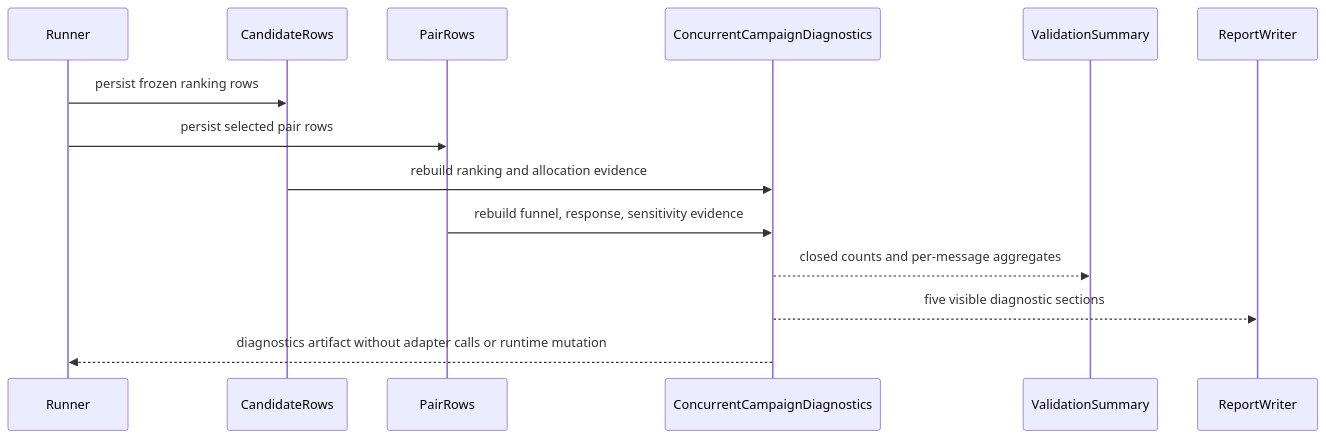
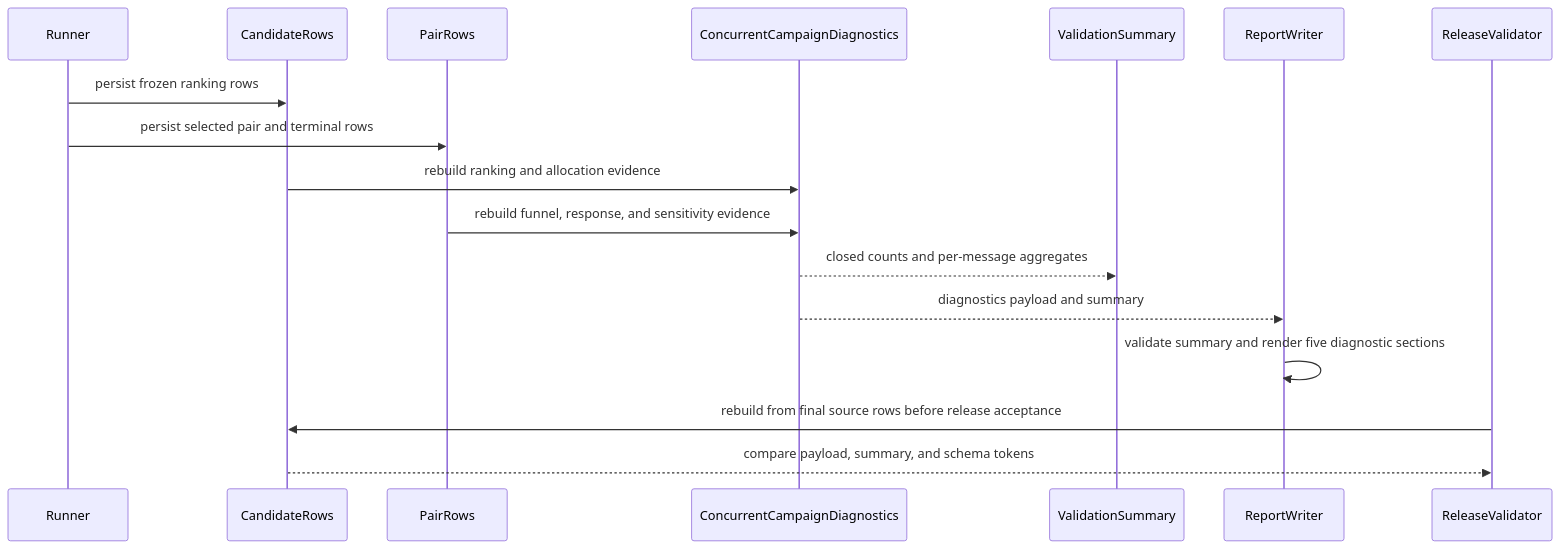
Before and after one commit to liu-qingyuan/llm-abm-marketing-sim: the second of 4 diagrams in docs/architecture/concurrent-message-campaign-diagnostics.md, drawn with Mermaid. The commit also changed other lines of this file and 3 other files, not shown here.

````diff
--- a/docs/architecture/concurrent-message-campaign-diagnostics.md
+++ b/docs/architecture/concurrent-message-campaign-diagnostics.md
@@ -57,16 +38,19 @@
 ```mermaid
 sequenceDiagram
     participant R as Runner
     participant C as CandidateRows
     participant P as PairRows
     participant D as ConcurrentCampaignDiagnostics
     participant V as ValidationSummary
     participant W as ReportWriter
+    participant X as ReleaseValidator
     R->>C: persist frozen ranking rows
-    R->>P: persist selected pair rows
+    R->>P: persist selected pair and terminal rows
     C->>D: rebuild ranking and allocation evidence
-    P->>D: rebuild funnel, response, sensitivity evidence
+    P->>D: rebuild funnel, response, and sensitivity evidence
     D-->>V: closed counts and per-message aggregates
-    D-->>W: five visible diagnostic sections
-    D-->>R: diagnostics artifact without adapter calls or runtime mutation
+    D-->>W: diagnostics payload and summary
+    W->>W: validate summary and render five diagnostic sections
+    X->>C: rebuild from final source rows before release acceptance
+    C-->>X: compare payload, summary, and schema tokens
 ```
````
